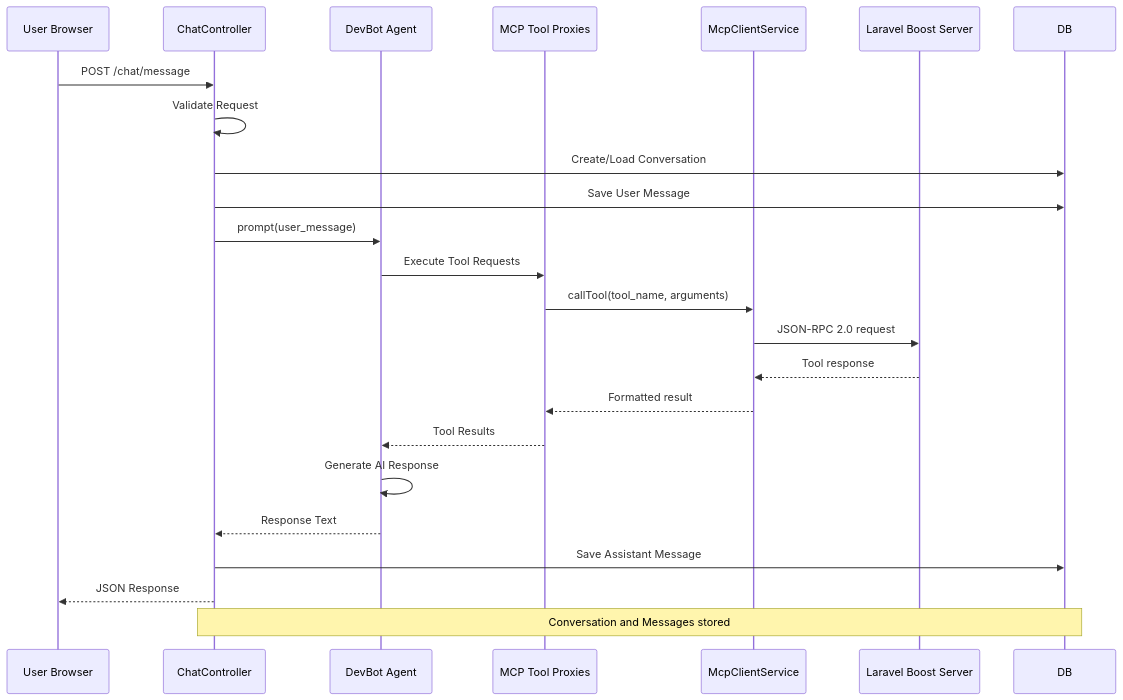
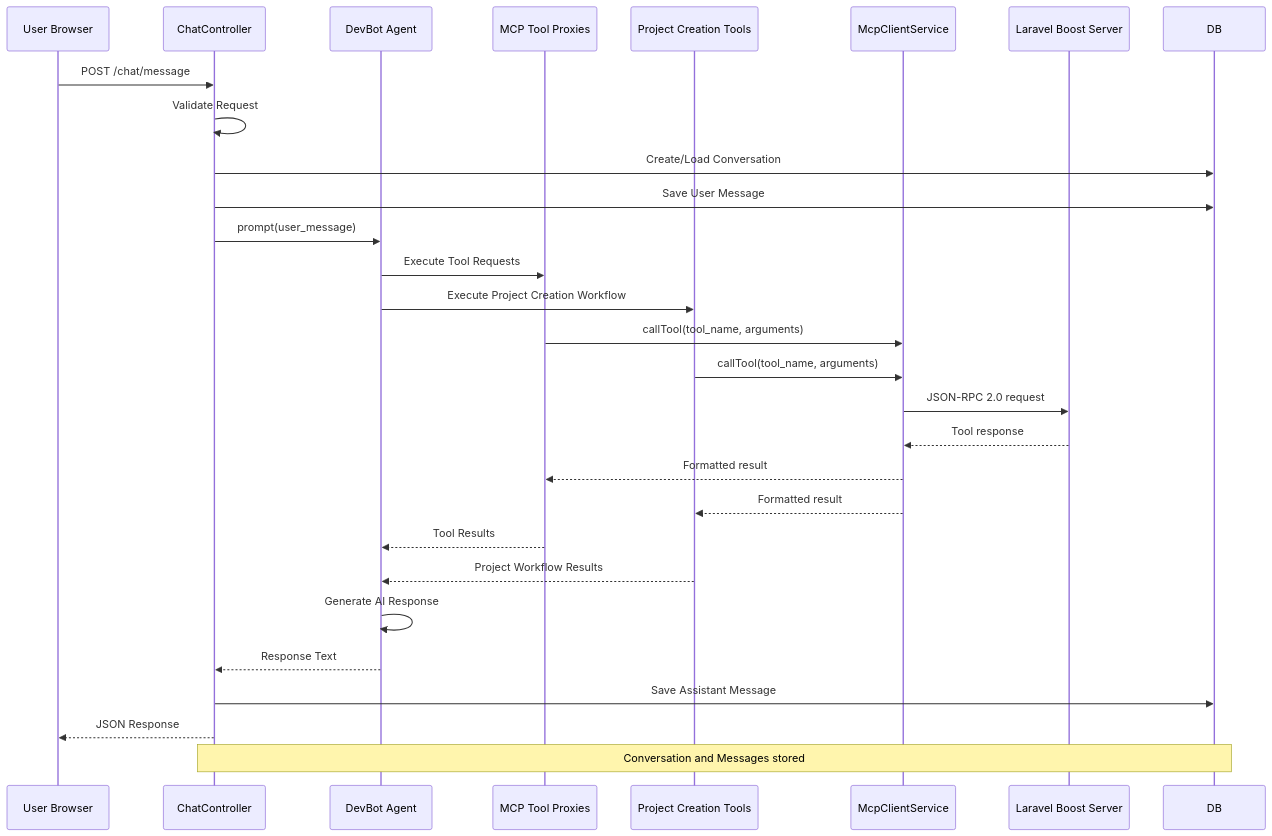
The third of 25 diagrams in .qoder/repowiki/en/content/AI Integration System/Agent System/DevBot AI Agent System.md (siimliimand/laravel-assistant), drawn with Mermaid before and after one commit. The commit also changed other lines of this file and 3 other files, not shown here.

First line of the commit message:
feat(devbot): add comprehensive project creation capabilities and expand MCP tool suite

````diff
--- a/.qoder/repowiki/en/content/AI Integration System/Agent System/DevBot AI Agent System.md
+++ b/.qoder/repowiki/en/content/AI Integration System/Agent System/DevBot AI Agent System.md
@@ -208,25 +275,30 @@
 ```mermaid
 sequenceDiagram
 participant User as User Browser
 participant Controller as ChatController
 participant Agent as DevBot Agent
 participant Tools as MCP Tool Proxies
+participant ProjectTools as Project Creation Tools
 participant McpService as McpClientService
 participant Boost as Laravel Boost Server
 User->>Controller : POST /chat/message
 Controller->>Controller : Validate Request
 Controller->>DB : Create/Load Conversation
 Controller->>DB : Save User Message
 Controller->>Agent : prompt(user_message)
 Agent->>Tools : Execute Tool Requests
+Agent->>ProjectTools : Execute Project Creation Workflow
 Tools->>McpService : callTool(tool_name, arguments)
+ProjectTools->>McpService : callTool(tool_name, arguments)
 McpService->>Boost : JSON-RPC 2.0 request
 Boost-->>McpService : Tool response
 McpService-->>Tools : Formatted result
+McpService-->>ProjectTools : Formatted result
 Tools-->>Agent : Tool Results
+ProjectTools-->>Agent : Project Workflow Results
 Agent->>Agent : Generate AI Response
 Agent-->>Controller : Response Text
 Controller->>DB : Save Assistant Message
 Controller-->>User : JSON Response
 Note over Controller,DB : Conversation and Messages stored
 ```
````
